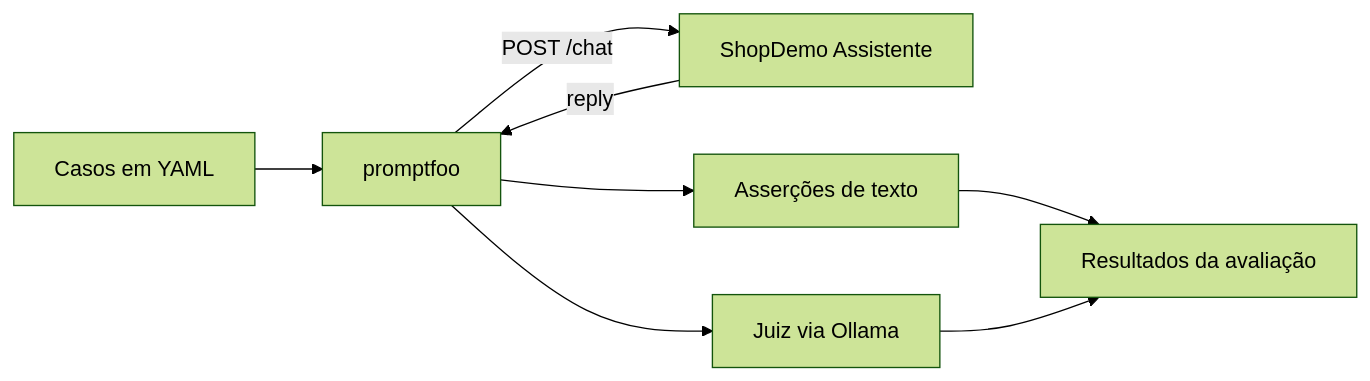
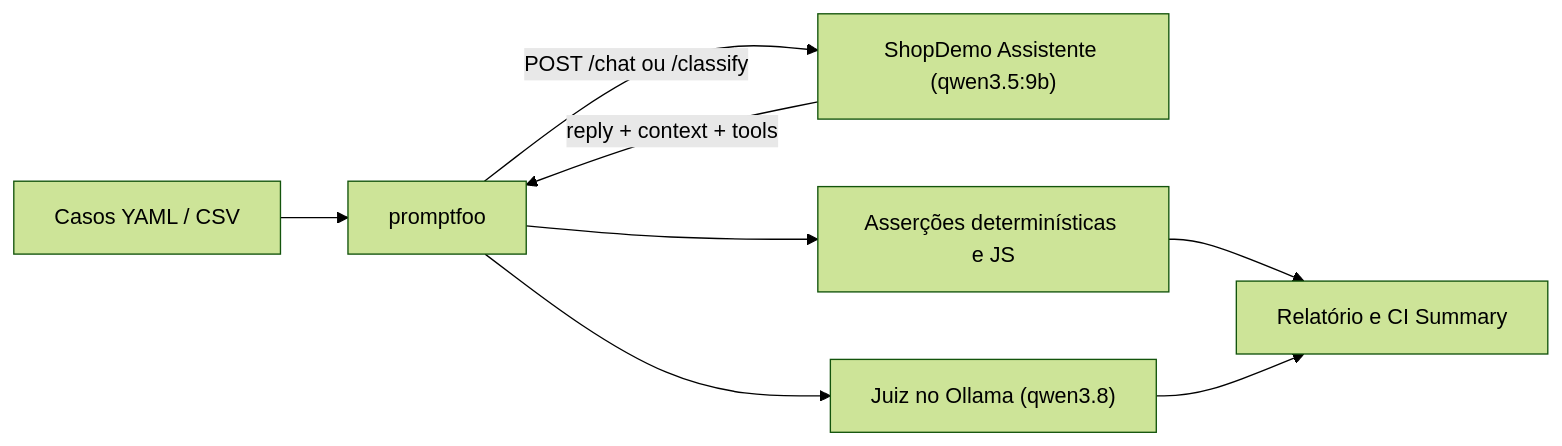
The diagram in README.md (DouglasAntoni0/curso-testes-ia-promptfoo), drawn with Mermaid (forest theme) before and after one commit. The commit also changed other lines of this file and 25 other files, not shown here.

````diff
--- a/README.md
+++ b/README.md
@@ -69,10 +81,10 @@
 ```mermaid
 flowchart LR
-    A[Casos em YAML] --> B[promptfoo]
-    B -->|POST /chat| C[ShopDemo Assistente]
-    C -->|reply| B
-    B --> D[Asserções de texto]
-    B --> E[Juiz via Ollama]
-    D --> F[Resultados da avaliação]
+    A[Casos YAML / CSV] --> B[promptfoo]
+    B -->|POST /chat ou /classify| C["ShopDemo Assistente (qwen3.5:9b)"]
+    C -->|reply + context + tools| B
+    B --> D[Asserções determinísticas e JS]
+    B --> E["Juiz no Ollama (qwen3.8)"]
+    D --> F[Relatório e CI Summary]
     E --> F
 ```
````
